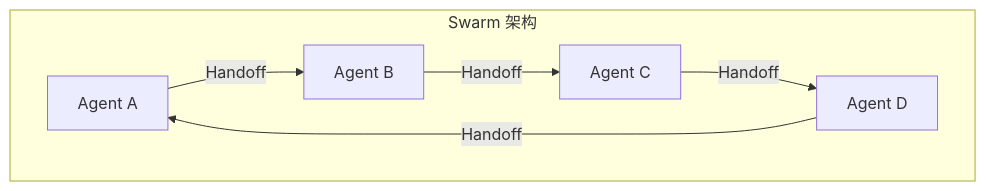
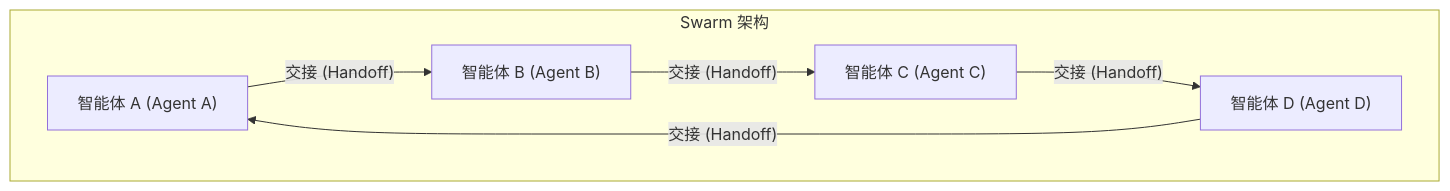
Before and after one commit to yeasy/agentic_ai_guide: the first of 2 diagrams in 06_communication/6.3_game_theory.md, drawn with Mermaid. The commit also changed other lines of this file and 75 other files, not shown here.

````diff
--- a/06_communication/6.3_game_theory.md
+++ b/06_communication/6.3_game_theory.md
@@ -22,9 +22,9 @@
 ```mermaid
 graph TD
     subgraph swarm["Swarm 架构"]
-        A["Agent A"] -->|"Handoff"| B["Agent B"]
-        B -->|"Handoff"| C["Agent C"]
-        C -->|"Handoff"| D["Agent D"]
-        D -->|"Handoff"| A
+        A["智能体 A (Agent A)"] -->|"交接 (Handoff)"| B["智能体 B (Agent B)"]
+        B -->|"交接 (Handoff)"| C["智能体 C (Agent C)"]
+        C -->|"交接 (Handoff)"| D["智能体 D (Agent D)"]
+        D -->|"交接 (Handoff)"| A
     end
 ```
````
